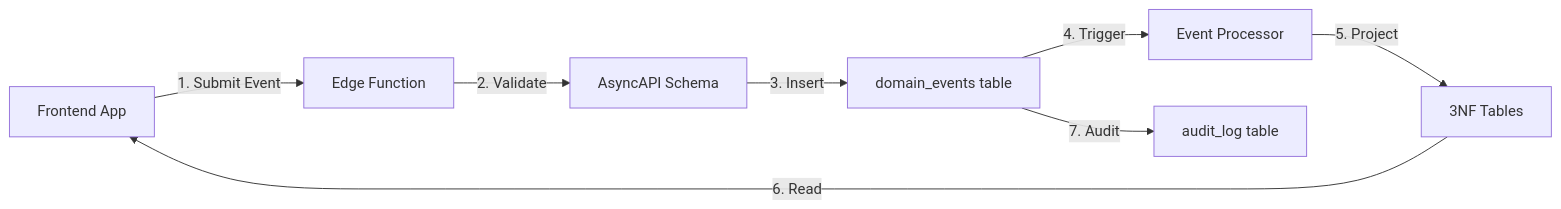
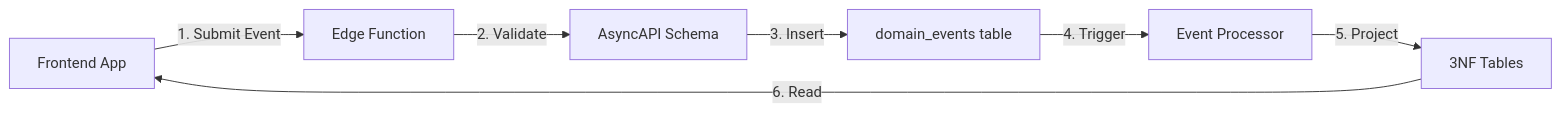
Before and after one commit to Analytics4Change/A4C-AppSuite: the diagram in documentation/infrastructure/guides/supabase/docs/EVENT-DRIVEN-ARCHITECTURE.md, drawn with Mermaid. The commit also changed other lines of this file and 35 other files, not shown here.

````diff
--- a/documentation/infrastructure/guides/supabase/docs/EVENT-DRIVEN-ARCHITECTURE.md
+++ b/documentation/infrastructure/guides/supabase/docs/EVENT-DRIVEN-ARCHITECTURE.md
@@ -97,10 +97,9 @@
 ```mermaid
 graph LR
     A[Frontend App] -->|1. Submit Event| B[Edge Function]
     B -->|2. Validate| C[AsyncAPI Schema]
     C -->|3. Insert| D[domain_events table]
     D -->|4. Trigger| E[Event Processor]
     E -->|5. Project| F[3NF Tables]
     F -->|6. Read| A
-    D -->|7. Audit| G[audit_log table]
 ```
````
